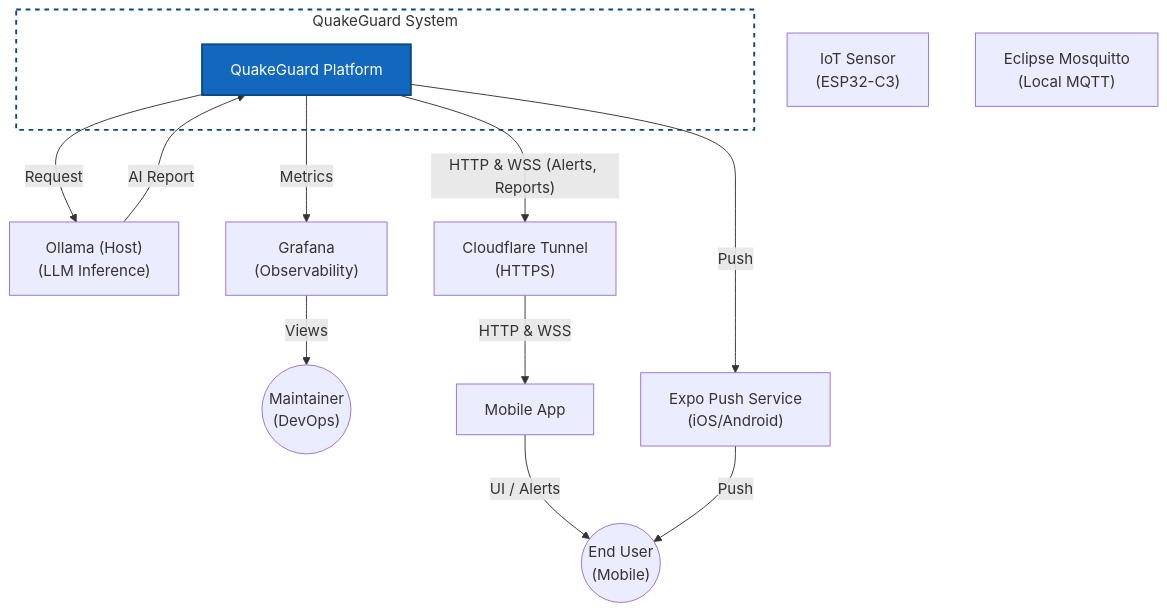
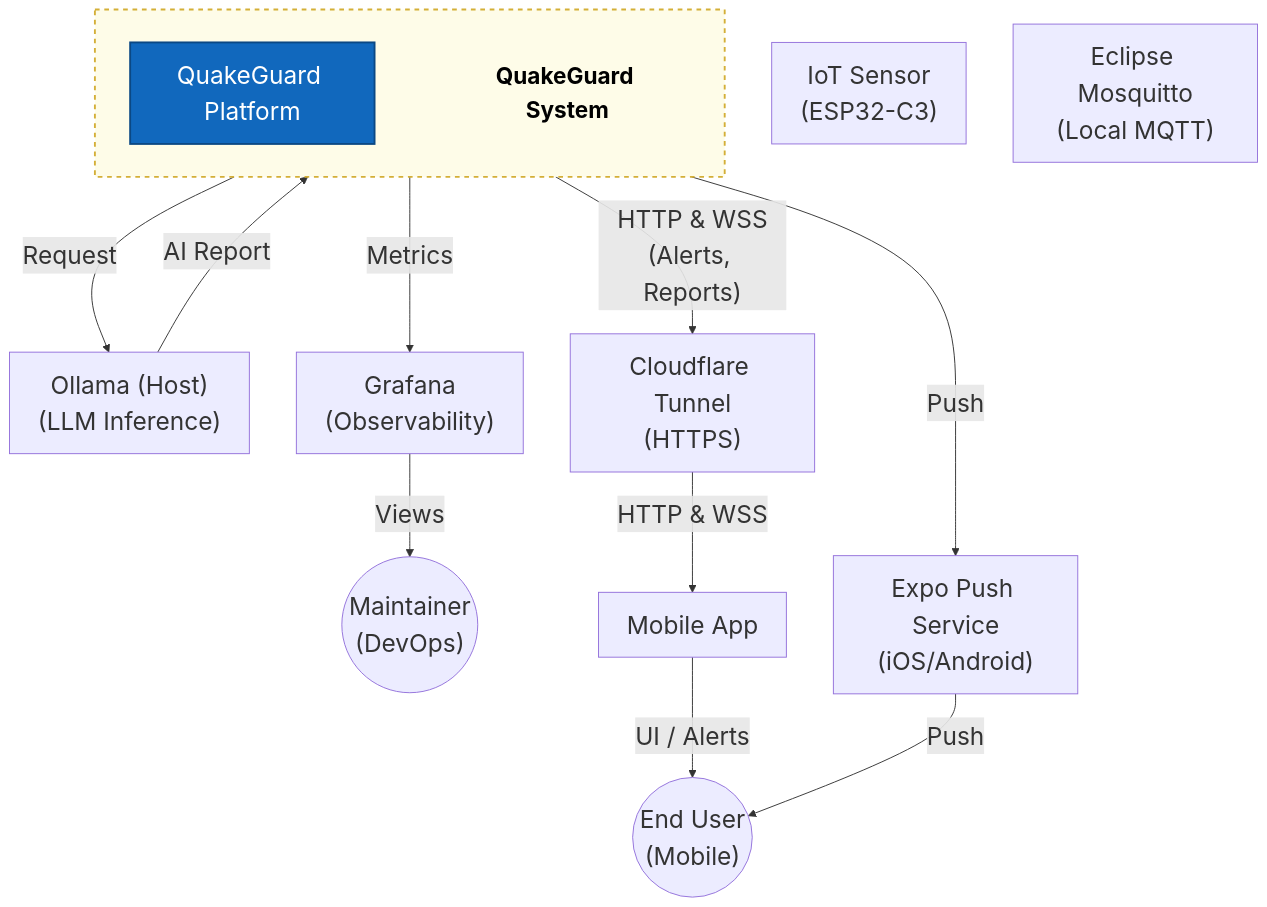
The first of 3 diagrams in docs/diagrams/c4-context.md (GiZano/QuakeGuard), drawn with Mermaid before and after one commit. The commit also changed other lines of this file and 3 other files, not shown here.

Commit message:
docs: apply font sizing to mermaid diagrams

````diff
--- a/docs/diagrams/c4-context.md
+++ b/docs/diagrams/c4-context.md
@@ -5,33 +5,36 @@
 ```mermaid
+%%{init: {"themeVariables": {"fontSize": "26px"}}}%%
 flowchart TD
     user(("End User\n(Mobile)"))
     maintainer(("Maintainer\n(DevOps)"))
     mobile["Mobile App"]
     sensor["IoT Sensor\n(ESP32-C3)"]
 
-    subgraph sys [QuakeGuard System]
-        quakeguard["QuakeGuard Platform"]
+    subgraph sys [ ]
+        direction LR
+        quakeguard["QuakeGuard Platform"] ~~~ label["QuakeGuard System"]
     end
-    style sys fill:none,stroke:#0b4884,stroke-width:2px,stroke-dasharray: 5 5
+    style sys fill:#fefce8,stroke:#d4af37,stroke-width:2px,stroke-dasharray: 5 5
+    style label fill:none,stroke:none,color:#000,font-weight:bold,font-size:24px
 
     mosquitto["Eclipse Mosquitto\n(Local MQTT)"]
     ollama["Ollama (Host)\n(LLM Inference)"]
     cloudflare["Cloudflare Tunnel\n(HTTPS)"]
     expo["Expo Push Service\n(iOS/Android)"]
     grafana["Grafana\n(Observability)"]
 
     quakeguard -- "Metrics" --> grafana
     grafana -- "Views" --> maintainer
     
     quakeguard -- "Request" --> ollama
     ollama -- "AI Report" --> quakeguard
     
-    quakeguard -- "HTTP & WSS (Alerts, Reports)" --> cloudflare
+    quakeguard -- "HTTP & WSS\n(Alerts, Reports)" --> cloudflare
     cloudflare -- "HTTP & WSS" --> mobile
     mobile -- "UI / Alerts" --> user
     
     quakeguard -- "Push" --> expo
     expo -- "Push" --> user
 
     style quakeguard fill:#1168bd,stroke:#0b4884,color:#ffffff,stroke-width:2px
 ```
````
